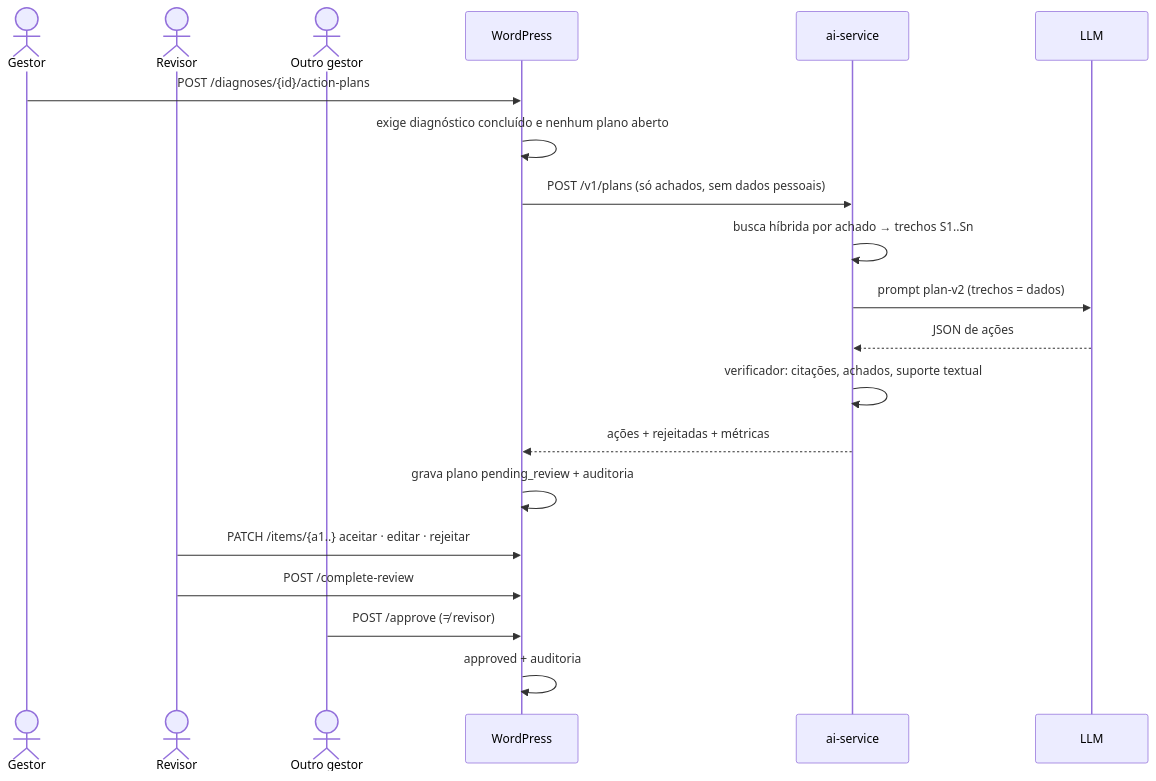
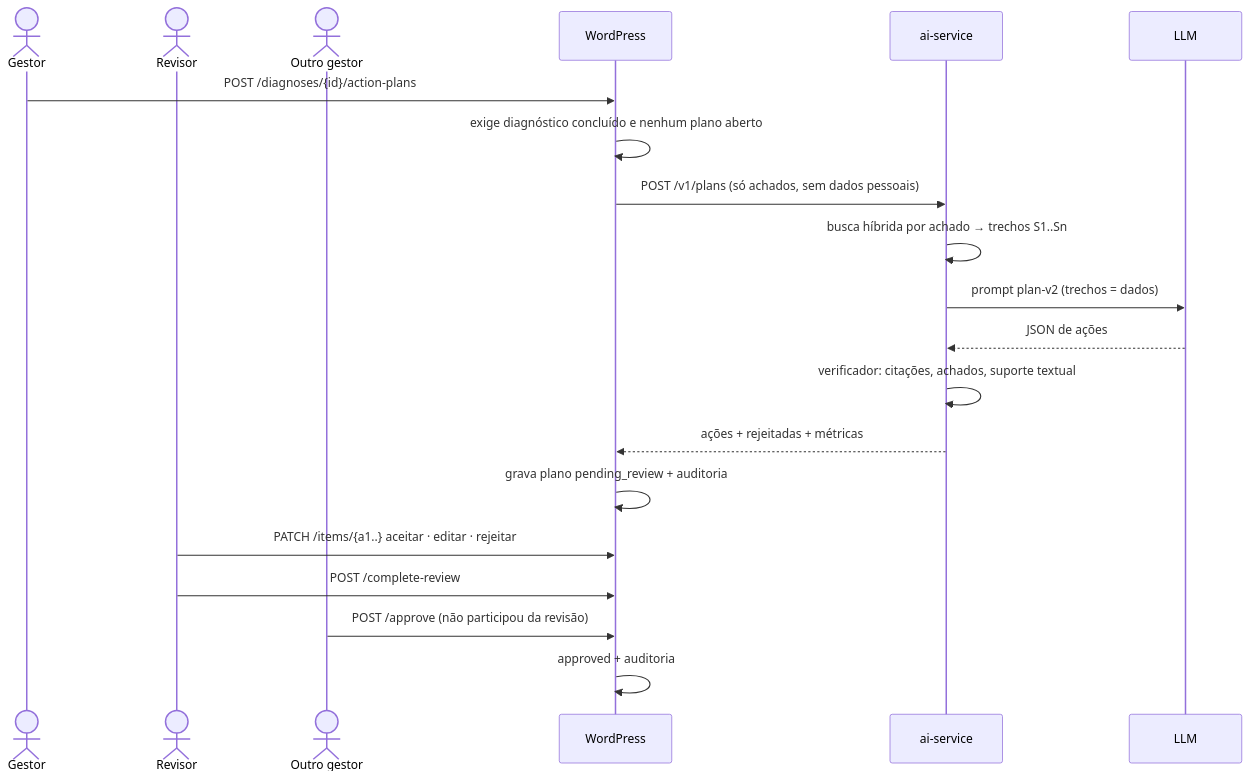
One commit to megusta01/equigov-ai changed the second of 3 diagrams in docs/arquitetura.md. Above: the diagram before and after it, drawn with Mermaid. The commit also changed other lines of this file and 5 other files, not shown here.

````diff
--- a/docs/arquitetura.md
+++ b/docs/arquitetura.md
@@ -62,22 +62,22 @@
 ```mermaid
 sequenceDiagram
     actor G as Gestor
     actor R as Revisor
     actor A as Outro gestor
     participant WP as WordPress
     participant AI as ai-service
     participant L as LLM
     G->>WP: POST /diagnoses/{id}/action-plans
     WP->>WP: exige diagnóstico concluído e nenhum plano aberto
     WP->>AI: POST /v1/plans (só achados, sem dados pessoais)
     AI->>AI: busca híbrida por achado → trechos S1..Sn
     AI->>L: prompt plan-v2 (trechos = dados)
     L-->>AI: JSON de ações
     AI->>AI: verificador: citações, achados, suporte textual
     AI-->>WP: ações + rejeitadas + métricas
     WP->>WP: grava plano pending_review + auditoria
     R->>WP: PATCH /items/{a1..} aceitar · editar · rejeitar
     R->>WP: POST /complete-review
-    A->>WP: POST /approve (≠ revisor)
+    A->>WP: POST /approve (não participou da revisão)
     WP->>WP: approved + auditoria
 ```
````
